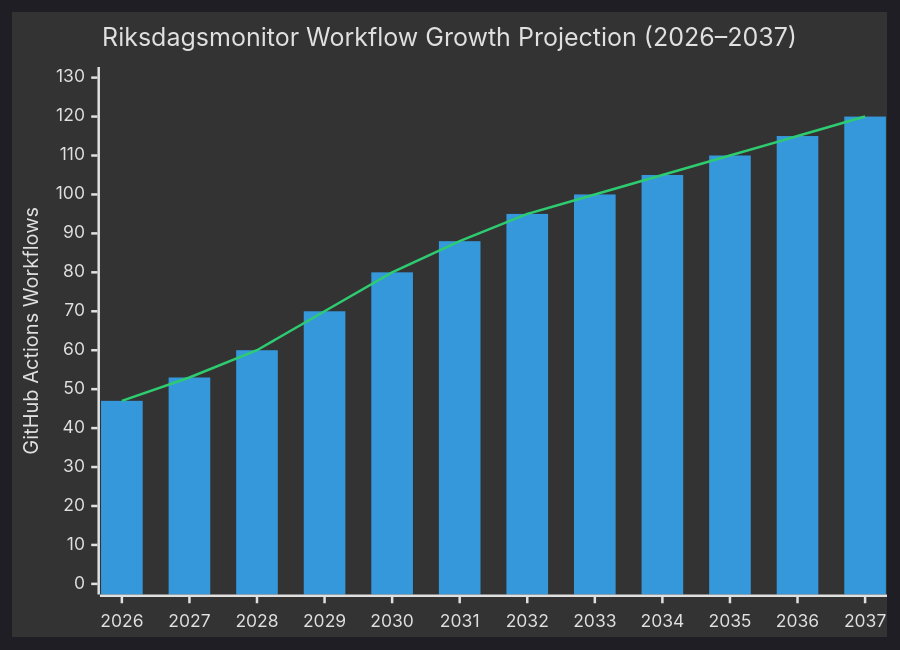
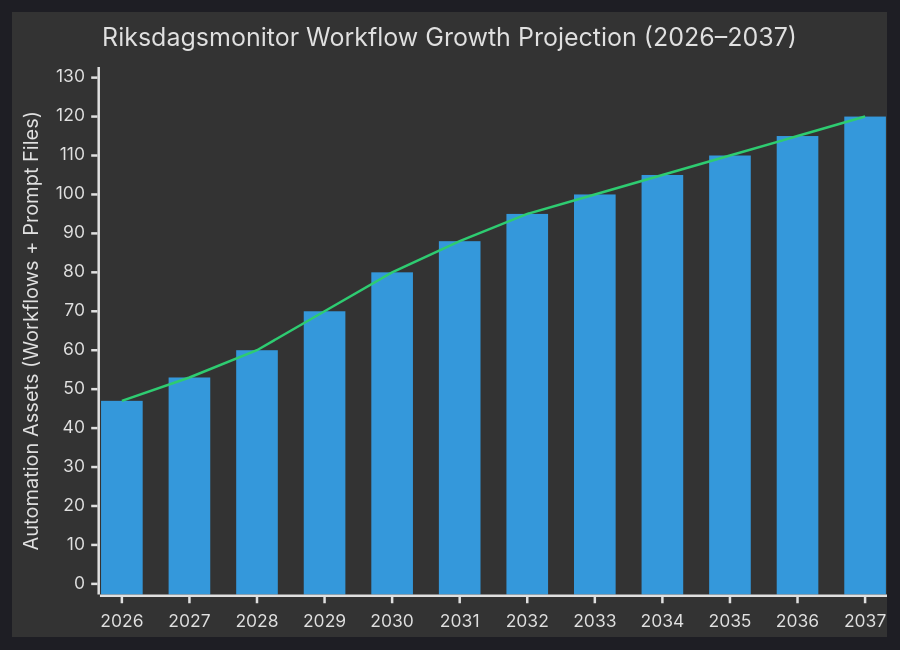
One commit to Hack23/riksdagsmonitor changed the sixth of 6 diagrams in README.md. Above: the diagram before and after it, drawn with Mermaid. The commit also changed other lines of this file, not shown here.

Commit message:
Fix Realtime Monitor time formatting, clarify workflow counts as automation assets (34 yml + 10 md)

````diff
--- a/README.md
+++ b/README.md
@@ -913,9 +913,9 @@
 ```mermaid
 %%{init: {'theme': 'dark', 'themeVariables': {'primaryColor': '#00d9ff', 'primaryTextColor': '#e0e0e0', 'primaryBorderColor': '#ff006e', 'lineColor': '#ffbe0b', 'secondaryColor': '#1a1e3d', 'tertiaryColor': '#0a0e27'}}}%%
 xychart-beta
     title "Riksdagsmonitor Workflow Growth Projection (2026–2037)"
     x-axis ["2026", "2027", "2028", "2029", "2030", "2031", "2032", "2033", "2034", "2035", "2036", "2037"]
-    y-axis "GitHub Actions Workflows" 0 --> 130
+    y-axis "Automation Assets (Workflows + Prompt Files)" 0 --> 130
     bar [47, 53, 60, 70, 80, 88, 95, 100, 105, 110, 115, 120]
     line [47, 53, 60, 70, 80, 88, 95, 100, 105, 110, 115, 120]
 ```
````
